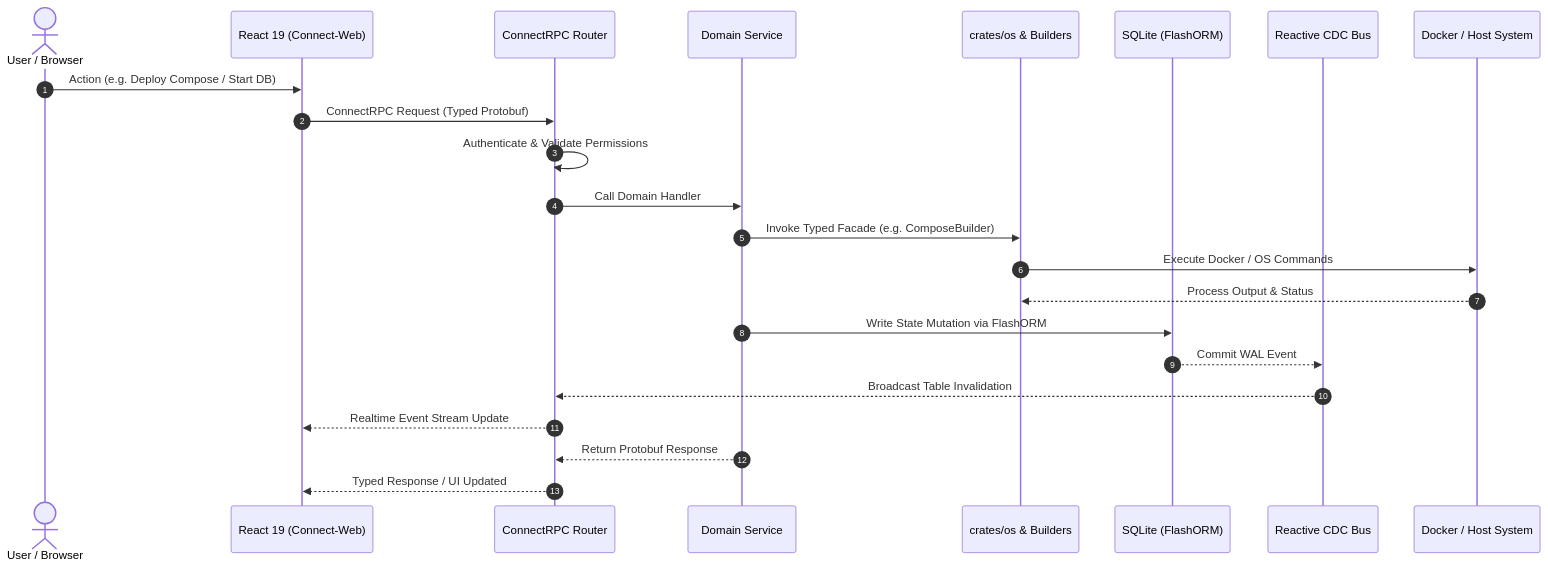
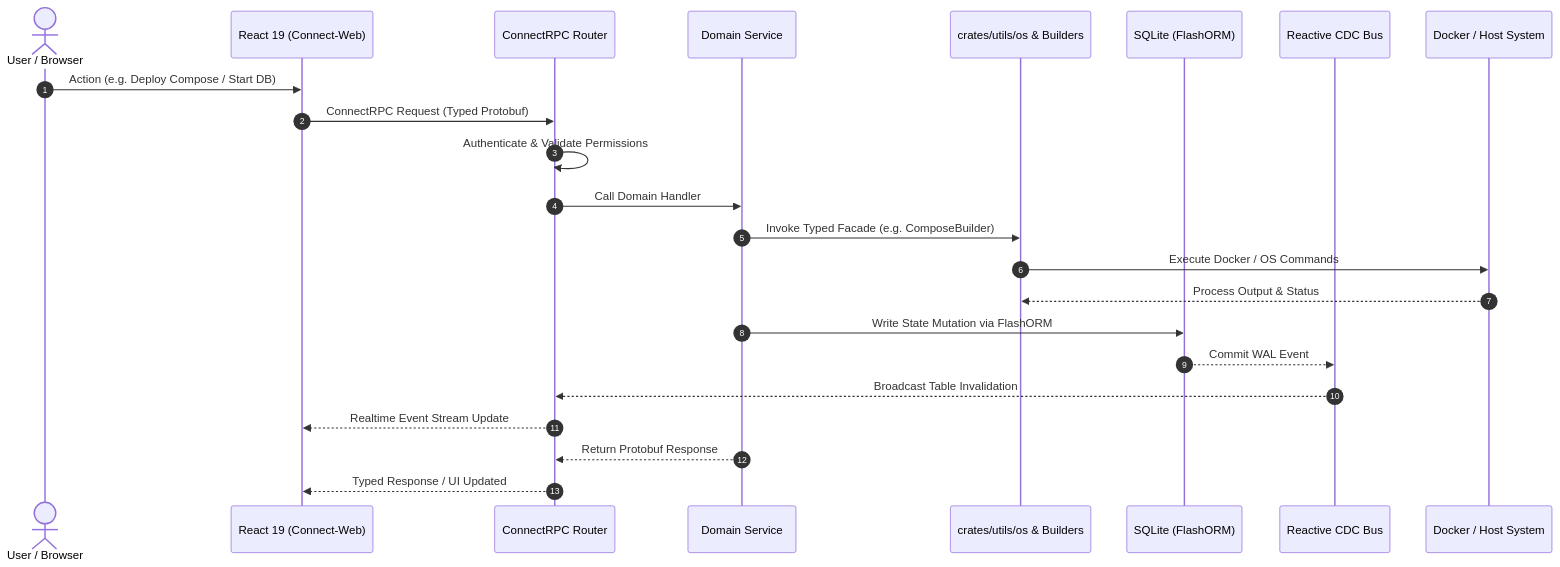
One commit to ananddub/openoxide changed the second of 4 diagrams in README.md. Above: the diagram before and after it, drawn with Mermaid. The commit also changed other lines of this file and 1035 other files, not shown here.

````diff
--- a/README.md
+++ b/README.md
@@ -74,26 +74,26 @@
 ```mermaid
 sequenceDiagram
     autonumber
     actor User as User / Browser
     participant Web as React 19 (Connect-Web)
     participant Router as ConnectRPC Router
     participant Service as Domain Service
-    participant OS as crates/os & Builders
+    participant OS as crates/utils/os & Builders
     participant DB as SQLite (FlashORM)
     participant CDC as Reactive CDC Bus
     participant Host as Docker / Host System
 
     User->>Web: Action (e.g. Deploy Compose / Start DB)
     Web->>Router: ConnectRPC Request (Typed Protobuf)
     Router->>Router: Authenticate & Validate Permissions
     Router->>Service: Call Domain Handler
     Service->>OS: Invoke Typed Facade (e.g. ComposeBuilder)
     OS->>Host: Execute Docker / OS Commands
     Host-->>OS: Process Output & Status
     Service->>DB: Write State Mutation via FlashORM
     DB-->>CDC: Commit WAL Event
     CDC-->>Router: Broadcast Table Invalidation
     Router-->>Web: Realtime Event Stream Update
     Service-->>Router: Return Protobuf Response
     Router-->>Web: Typed Response / UI Updated
 ```
````
